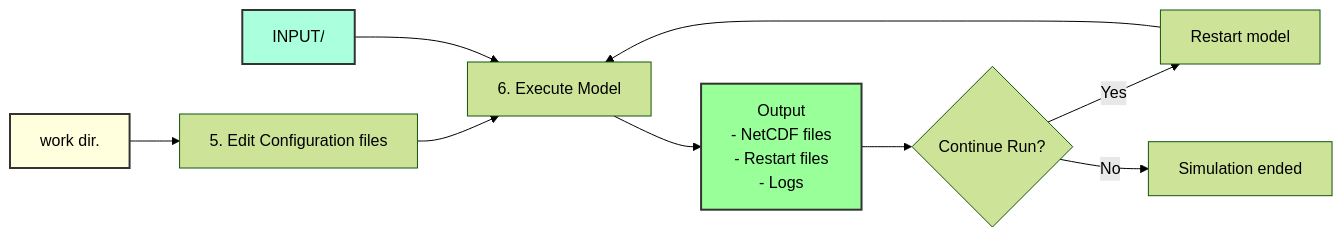
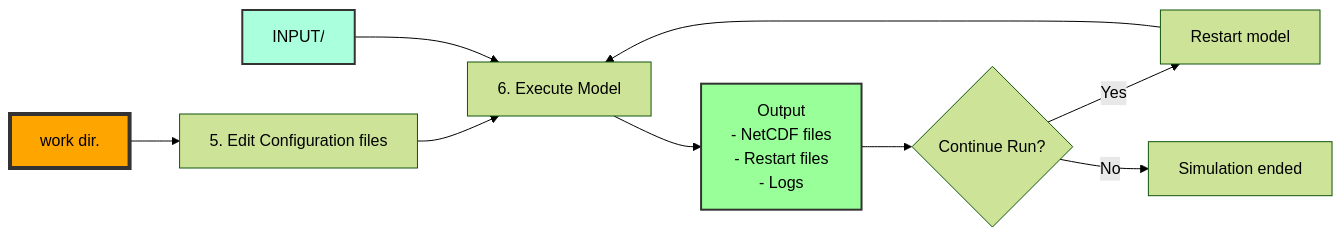
Before and after one commit to dksasaki/MOM6_COBALT_NEUS25: the second of 2 diagrams in README2.md, drawn with Mermaid (forest theme). The commit also changed other lines of this file, not shown here.

````diff
--- a/README2.md
+++ b/README2.md
@@ -39,20 +39,20 @@
 ```mermaid
 flowchart LR
     D0[work dir.] --> A
     A[5. Edit Configuration files] --> D
     
     B[INPUT/]
     
 
     B --> D[6. Execute Model]
     D --> E[Output<br/>- NetCDF files<br/>- Restart files<br/>- Logs]
     
     E --> F{Continue Run?}
     F -->|Yes| G[Restart model]
     G --> D
     F -->|No| H[Simulation ended]
     
-    style D0 fill:#ffd,stroke:#333,stroke-width:2px
+    style D0 fill:#ffa500,stroke:#333,stroke-width:4px
     style B fill:#afd,stroke:#333,stroke-width:2px
     style E fill:#9f9,stroke:#333,stroke-width:2px
 ```
````
